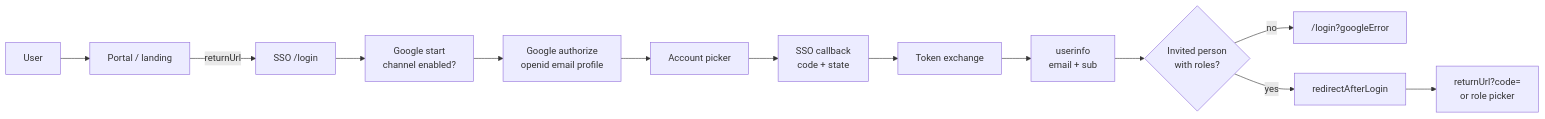
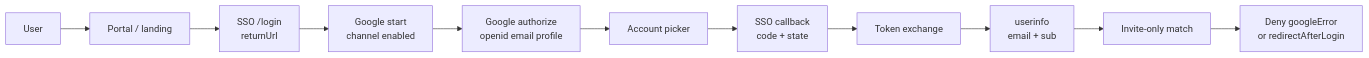
One commit to raisd-campus/portal-api-docs changed the diagram in diagrams/sso/mermaid/03-google-oauth-sequence.mmd. Above: the diagram before and after it, drawn with Mermaid. The commit also changed 8 other files, not shown here.

Commit message:
Mirror single-row left-to-right SSO architecture diagrams.

```diff
--- a/diagrams/sso/mermaid/03-google-oauth-sequence.mmd
+++ b/diagrams/sso/mermaid/03-google-oauth-sequence.mmd
@@ -1,13 +1,12 @@
 flowchart LR
-  U[User] --> P[Portal / landing]
-  P -->|"returnUrl"| LOGIN[SSO /login]
-  LOGIN --> START["Google start<br/>channel enabled?"]
-  START --> AUTH["Google authorize<br/>openid email profile"]
-  AUTH --> PICK[Account picker]
-  PICK --> CB["SSO callback<br/>code + state"]
-  CB --> TOKEN[Token exchange]
-  TOKEN --> INFO[userinfo<br/>email + sub]
-  INFO --> MATCH{Invited person<br/>with roles?}
-  MATCH -->|no| DENY["/login?googleError"]
-  MATCH -->|yes| CONT[redirectAfterLogin]
-  CONT --> DONE["returnUrl?code=<br/>or role picker"]
+  U[User]
+  --> P[Portal / landing]
+  --> L[SSO /login<br/>returnUrl]
+  --> ST[Google start<br/>channel enabled]
+  --> AU[Google authorize<br/>openid email profile]
+  --> AP[Account picker]
+  --> CB[SSO callback<br/>code + state]
+  --> TX[Token exchange]
+  --> UI[userinfo<br/>email + sub]
+  --> M[Invite-only match]
+  --> OUT[Deny googleError<br/>or redirectAfterLogin]
```
